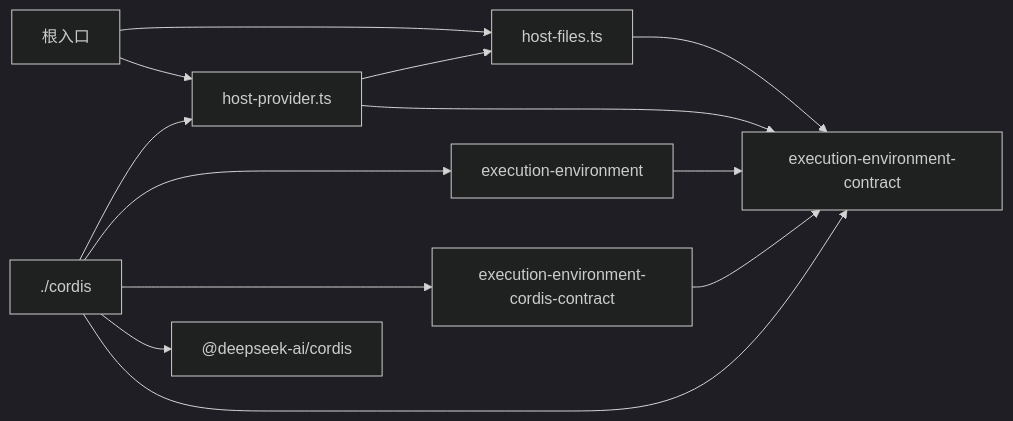
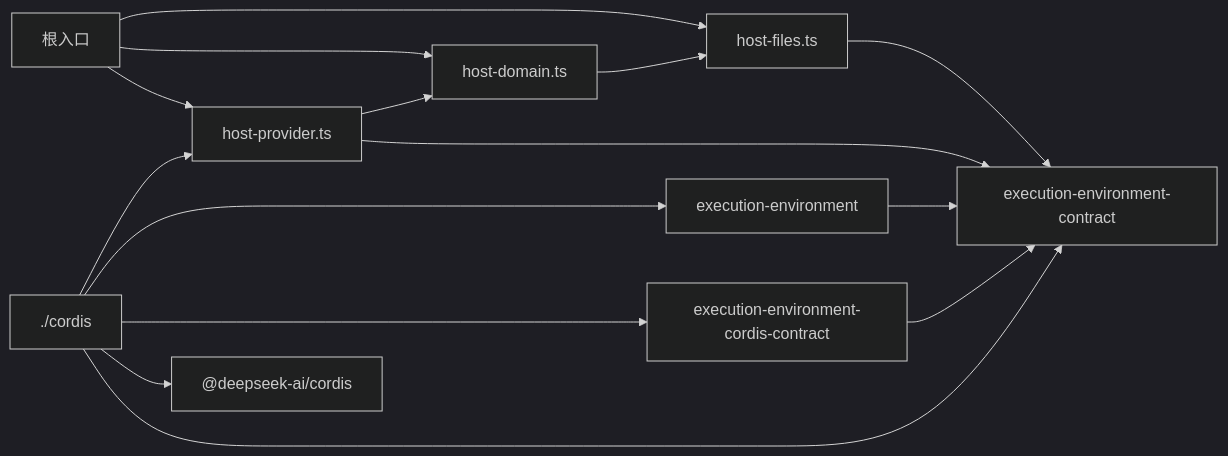
The first of 2 diagrams in packages/execution/execution-environment-host-local/docs/architecture.md (nemori-ai/omne-harness-lite), drawn with Mermaid (dark theme) before and after one commit. The commit also changed other lines of this file and 136 other files, not shown here.

First line of the commit message:
feat(context,execution): RC and EE wave 4 types, registry, host files domain and RQ migration

````diff
--- a/packages/execution/execution-environment-host-local/docs/architecture.md
+++ b/packages/execution/execution-environment-host-local/docs/architecture.md
@@ -20,15 +22,17 @@
 ```mermaid
 flowchart LR
   Root[根入口] --> Files[host-files.ts]
+  Root --> Domain[host-domain.ts]
   Root --> Provider[host-provider.ts]
-  Provider --> Files
+  Domain --> Files
+  Provider --> Domain
   Cordis[./cordis] --> Provider
   Cordis --> EE[execution-environment]
   Cordis --> EECC[execution-environment-cordis-contract]
   Cordis --> Lib["@deepseek-ai/cordis"]
   Files --> EEC[execution-environment-contract]
   Provider --> EEC
   Cordis --> EEC
   EECC --> EEC
   EE --> EEC
 ```
````
